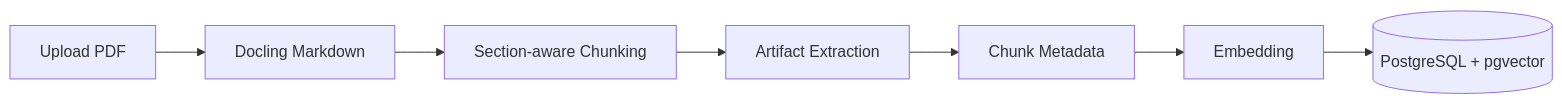
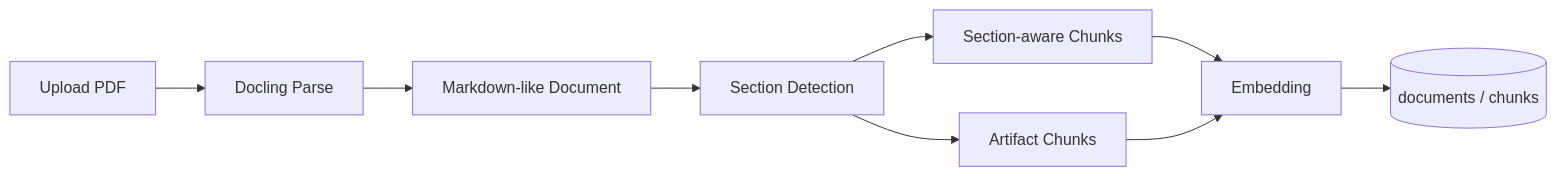
One commit to zebir-sir/agentic-rag-paper-assistant changed the second of 3 diagrams in README.md. Above: the diagram before and after it, drawn with Mermaid. The commit also changed other lines of this file and 77 other files, not shown here.

````diff
--- a/README.md
+++ b/README.md
@@ -201,9 +134,11 @@
 ```mermaid
 flowchart LR
-    A[Upload PDF] --> B[Docling Markdown]
-    B --> C[Section-aware Chunking]
-    C --> D[Artifact Extraction]
-    D --> E[Chunk Metadata]
-    E --> F[Embedding]
-    F --> G[(PostgreSQL + pgvector)]
+    A[Upload PDF] --> B[Docling Parse]
+    B --> C[Markdown-like Document]
+    C --> D[Section Detection]
+    D --> E[Section-aware Chunks]
+    D --> F[Artifact Chunks]
+    E --> G[Embedding]
+    F --> G
+    G --> H[(documents / chunks)]
 ```
````
